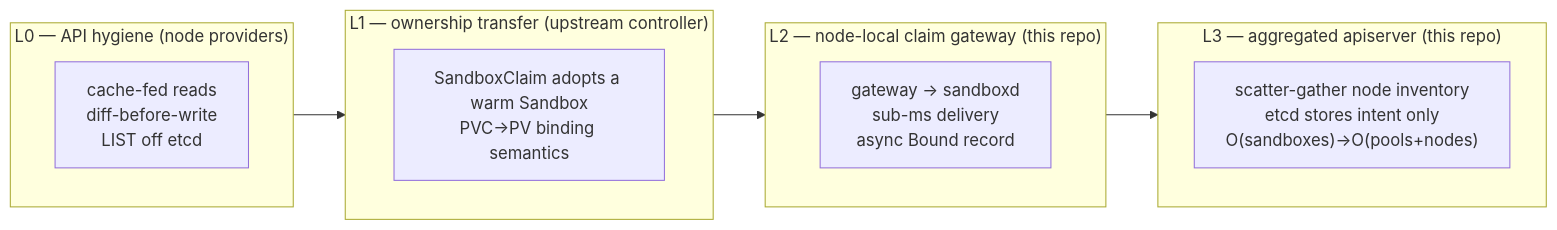
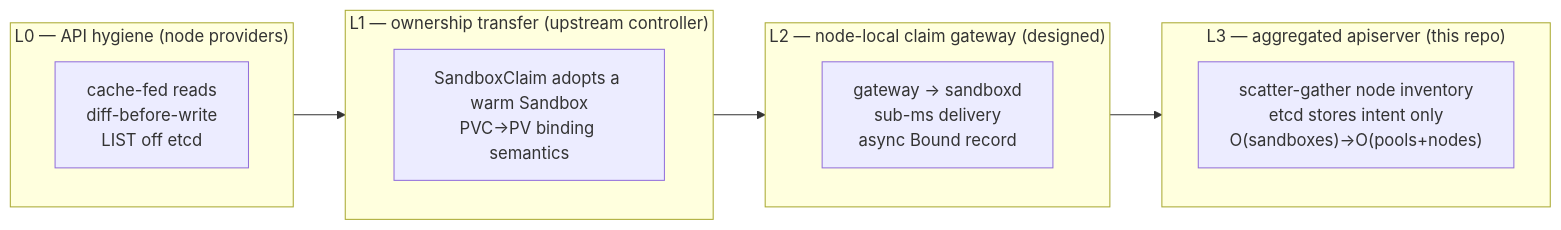
The diagram in docs/scaling-design.md (cocoonstack/sandbox-operator), drawn with Mermaid before and after one commit. The commit also changed other lines of this file and 32 other files, not shown here.

````diff
--- a/docs/scaling-design.md
+++ b/docs/scaling-design.md
@@ -29,16 +29,16 @@
 ```mermaid
 flowchart LR
     subgraph L0["L0 — API hygiene (node providers)"]
         L0a["cache-fed reads<br/>diff-before-write<br/>LIST off etcd"]
     end
     subgraph L1["L1 — ownership transfer (upstream controller)"]
         L1a["SandboxClaim adopts a warm Sandbox<br/>PVC→PV binding semantics"]
     end
-    subgraph L2["L2 — node-local claim gateway (this repo)"]
+    subgraph L2["L2 — node-local claim gateway (designed)"]
         L2a["gateway → sandboxd<br/>sub-ms delivery<br/>async Bound record"]
     end
     subgraph L3["L3 — aggregated apiserver (this repo)"]
         L3a["scatter-gather node inventory<br/>etcd stores intent only<br/>O(sandboxes)→O(pools+nodes)"]
     end
     L0 --> L1 --> L2 --> L3
 ```
````
